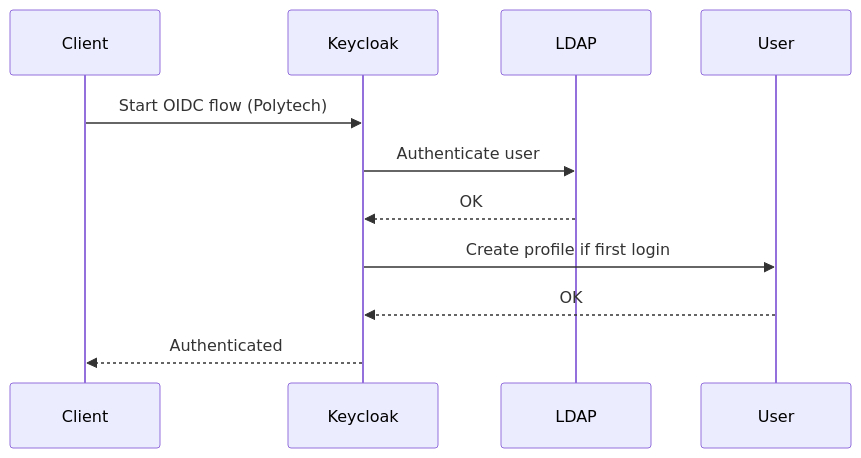
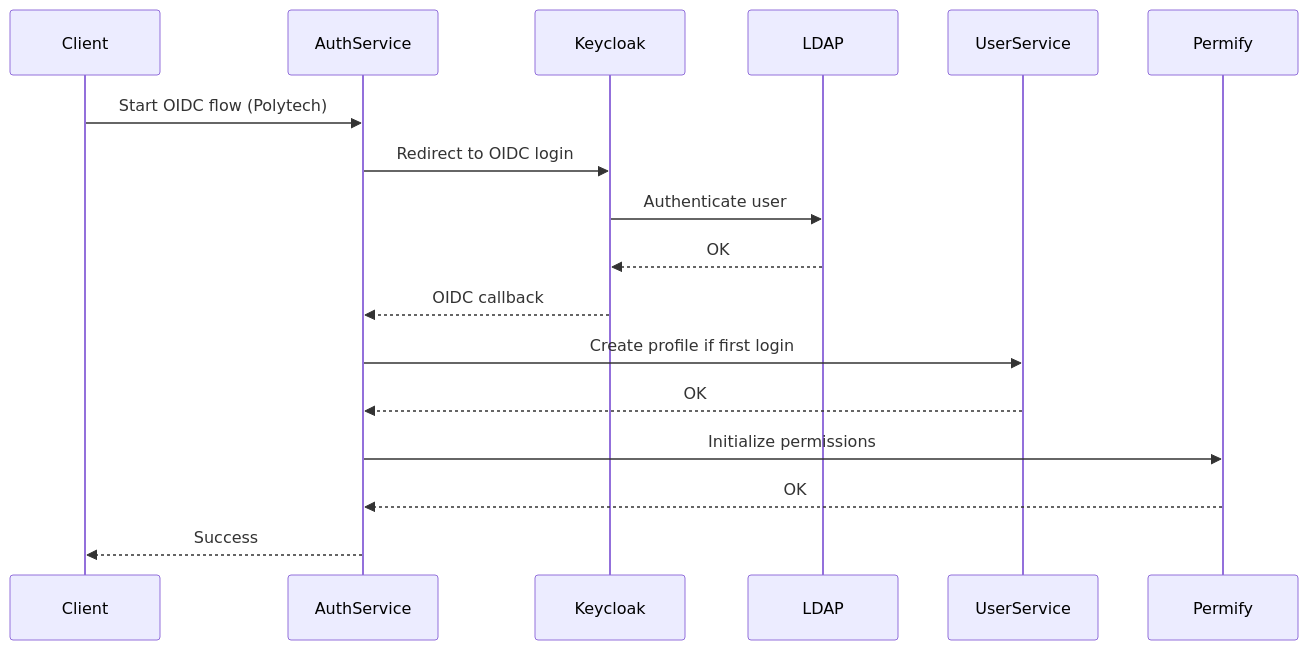
Before and after one commit to Razano26/Beep-TAD.AM: the third of 6 diagrams in vue-technique/02-authentification.adoc, drawn with Mermaid. The commit also changed other lines of this file and 6 other files, not shown here.

Commit message:
feat: Refine Beep application documentation by enhancing service descriptions, improving clarity on authentication flows, and updating observability and security sections for better understanding and usability

```diff
--- a/vue-technique/02-authentification.adoc
+++ b/vue-technique/02-authentification.adoc
@@ -63,15 +70,21 @@
 [mermaid]
 ----
 sequenceDiagram
     participant Client
+    participant AuthService
     participant Keycloak
     participant LDAP
-    participant User
+    participant UserService
+    participant Permify
 
-    Client->>Keycloak: Start OIDC flow (Polytech)
+    Client->>AuthService: Start OIDC flow (Polytech)
+    AuthService->>Keycloak: Redirect to OIDC login
     Keycloak->>LDAP: Authenticate user
     LDAP-->>Keycloak: OK
-    Keycloak->>User: Create profile if first login
-    User-->>Keycloak: OK
-    Keycloak-->>Client: Authenticated
+    Keycloak-->>AuthService: OIDC callback
+    AuthService->>UserService: Create profile if first login
+    UserService-->>AuthService: OK
+    AuthService->>Permify: Initialize permissions
+    Permify-->>AuthService: OK
+    AuthService-->>Client: Success
 ----
```
